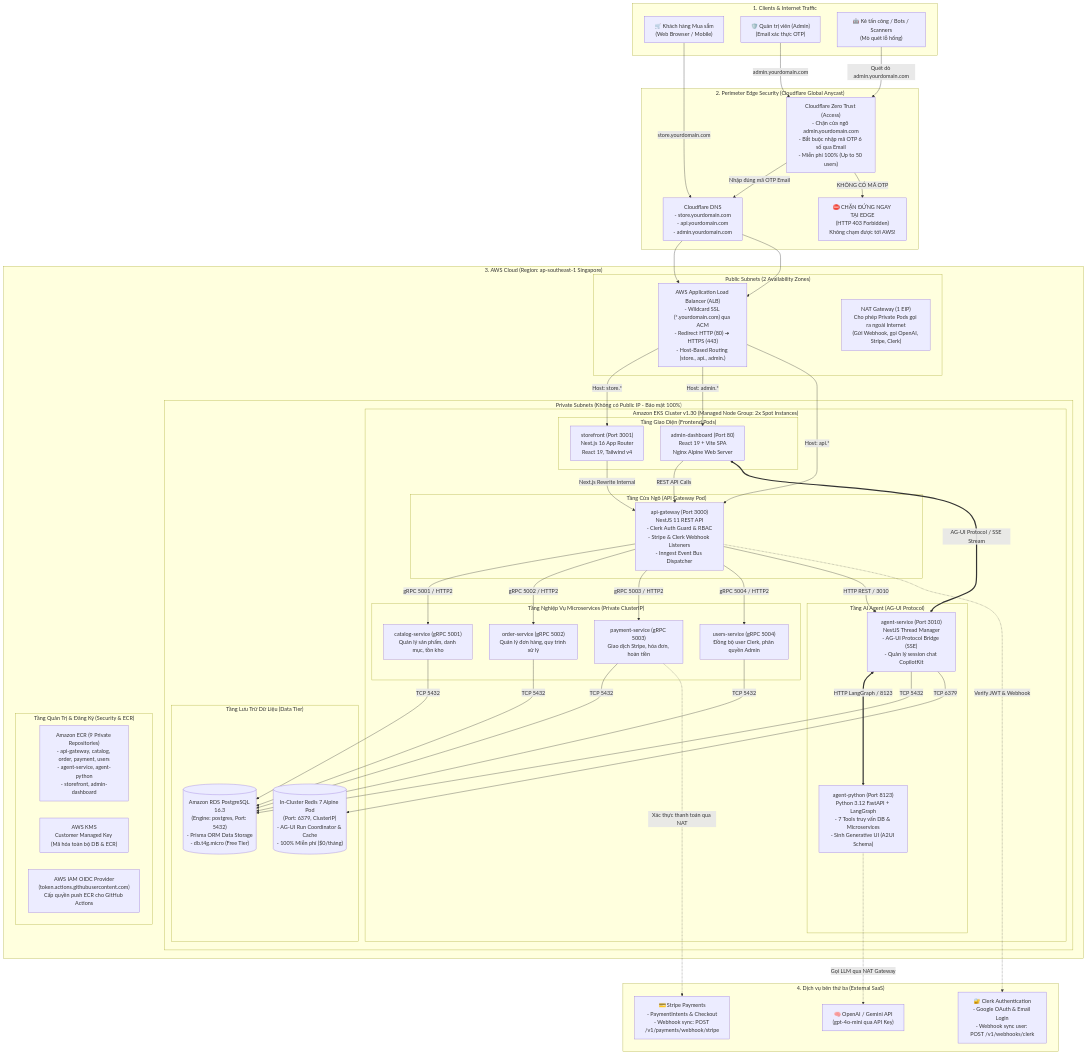
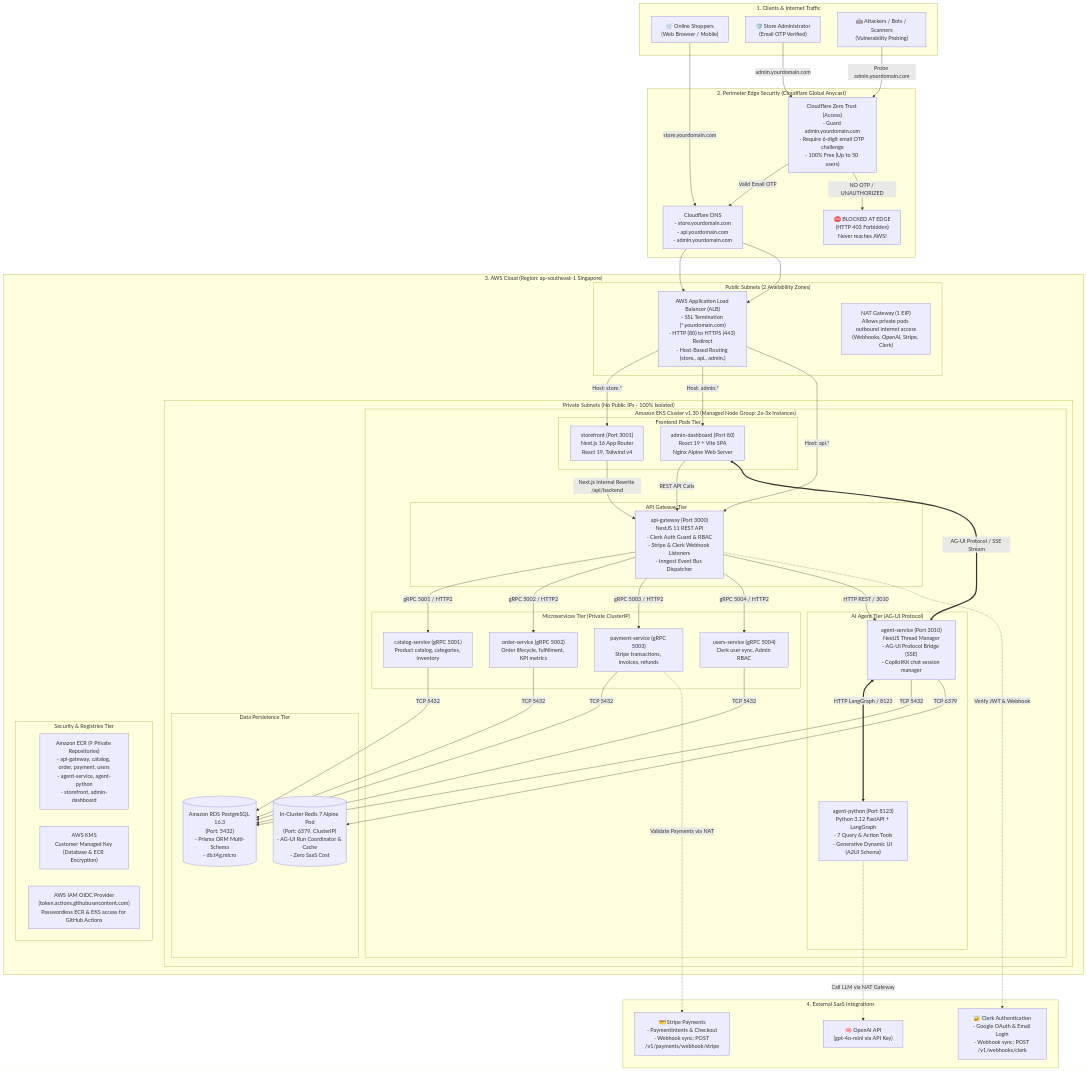
The first of 2 diagrams in DEPLOYMENT_ARCHITECTURE.md (Hieuej147/ecommerce-devops), drawn with Mermaid before and after one commit. The commit also changed other lines of this file, not shown here.

Commit message:
docs: translate DEPLOYMENT_ARCHITECTURE.md to English

````diff
--- a/DEPLOYMENT_ARCHITECTURE.md
+++ b/DEPLOYMENT_ARCHITECTURE.md
@@ -10,79 +10,79 @@
 flowchart TD
     %% ================= CLIENTS & TRAFFIC =================
     subgraph Clients["1. Clients & Internet Traffic"]
-        Customer["🛒 Khách hàng Mua sắm\n(Web Browser / Mobile)"]
-        AdminUser["🛡️ Quản trị viên (Admin)\n(Email xác thực OTP)"]
-        Attacker["🤖 Kẻ tấn công / Bots / Scanners\n(Mò quét lỗ hổng)"]
+        Customer["🛒 Online Shoppers\n(Web Browser / Mobile)"]
+        AdminUser["🛡️ Store Administrator\n(Email OTP Verified)"]
+        Attacker["🤖 Attackers / Bots / Scanners\n(Vulnerability Probing)"]
     end
 
     %% ================= PERIMETER SECURITY =================
     subgraph EdgeSecurity["2. Perimeter Edge Security (Cloudflare Global Anycast)"]
         CF_DNS["Cloudflare DNS\n- store.yourdomain.com\n- api.yourdomain.com\n- admin.yourdomain.com"]
-        CF_ZT["Cloudflare Zero Trust (Access)\n- Chặn cửa ngõ admin.yourdomain.com\n- Bắt buộc nhập mã OTP 6 số qua Email\n- Miễn phí 100% (Up to 50 users)"]
-        CF_Block["⛔ CHẶN ĐỨNG NGAY TẠI EDGE\n(HTTP 403 Forbidden)\nKhông chạm được tới AWS!"]
+        CF_ZT["Cloudflare Zero Trust (Access)\n- Guard admin.yourdomain.com\n- Require 6-digit email OTP challenge\n- 100% Free (Up to 50 users)"]
+        CF_Block["⛔ BLOCKED AT EDGE\n(HTTP 403 Forbidden)\nNever reaches AWS!"]
     end
 
     %% ================= AWS CLOUD INFRASTRUCTURE =================
     subgraph AWS["3. AWS Cloud (Region: ap-southeast-1 Singapore)"]
         subgraph PublicSubnets["Public Subnets (2 Availability Zones)"]
-            ALB["AWS Application Load Balancer (ALB)\n- Wildcard SSL (*.yourdomain.com) qua ACM\n- Redirect HTTP (80) ➔ HTTPS (443)\n- Host-Based Routing (store., api., admin.)"]
-            NAT["NAT Gateway (1 EIP)\nCho phép Private Pods gọi ra ngoài Internet\n(Gửi Webhook, gọi OpenAI, Stripe, Clerk)"]
+            ALB["AWS Application Load Balancer (ALB)\n- SSL Termination (*.yourdomain.com)\n- HTTP (80) to HTTPS (443) Redirect\n- Host-Based Routing (store., api., admin.)"]
+            NAT["NAT Gateway (1 EIP)\nAllows private pods outbound internet access\n(Webhooks, OpenAI, Stripe, Clerk)"]
         end
 
-        subgraph PrivateSubnets["Private Subnets (Không có Public IP - Bảo mật 100%)"]
-            subgraph EKS["Amazon EKS Cluster v1.30 (Managed Node Group: 2x Spot Instances)"]
-                subgraph Frontends["Tầng Giao Diện (Frontend Pods)"]
+        subgraph PrivateSubnets["Private Subnets (No Public IPs - 100% Isolated)"]
+            subgraph EKS["Amazon EKS Cluster v1.30 (Managed Node Group: 2x-3x Instances)"]
+                subgraph Frontends["Frontend Pods Tier"]
                     StorePod["storefront (Port 3001)\nNext.js 16 App Router\nReact 19, Tailwind v4"]
                     AdminPod["admin-dashboard (Port 80)\nReact 19 + Vite SPA\nNginx Alpine Web Server"]
                 end
 
-                subgraph Gateway["Tầng Cửa Ngõ (API Gateway Pod)"]
+                subgraph Gateway["API Gateway Tier"]
                     GWPod["api-gateway (Port 3000)\nNestJS 11 REST API\n- Clerk Auth Guard & RBAC\n- Stripe & Clerk Webhook Listeners\n- Inngest Event Bus Dispatcher"]
                 end
 
-                subgraph Microservices["Tầng Nghiệp Vụ Microservices (Private ClusterIP)"]
-                    CatalogPod["catalog-service (gRPC 5001)\nQuản lý sản phẩm, danh mục, tồn kho"]
-                    OrderPod["order-service (gRPC 5002)\nQuản lý đơn hàng, quy trình xử lý"]
-                    PaymentPod["payment-service (gRPC 5003)\nGiao dịch Stripe, hóa đơn, hoàn tiền"]
-                    UsersPod["users-service (gRPC 5004)\nĐồng bộ user Clerk, phân quyền Admin"]
+                subgraph Microservices["Microservices Tier (Private ClusterIP)"]
+                    CatalogPod["catalog-service (gRPC 5001)\nProduct catalog, categories, inventory"]
+                    OrderPod["order-service (gRPC 5002)\nOrder lifecycle, fulfillment, KPI metrics"]
+                    PaymentPod["payment-service (gRPC 5003)\nStripe transactions, invoices, refunds"]
+                    UsersPod["users-service (gRPC 5004)\nClerk user sync, Admin RBAC"]
                 end
 
-                subgraph AIAgent["Tầng AI Agent (AG-UI Protocol)"]
-                    AgentSvcPod["agent-service (Port 3010)\nNestJS Thread Manager\n- AG-UI Protocol Bridge (SSE)\n- Quản lý session chat CopilotKit"]
-                    AgentPyPod["agent-python (Port 8123)\nPython 3.12 FastAPI + LangGraph\n- 7 Tools truy vấn DB & Microservices\n- Sinh Generative UI (A2UI Schema)"]
+                subgraph AIAgent["AI Agent Tier (AG-UI Protocol)"]
+                    AgentSvcPod["agent-service (Port 3010)\nNestJS Thread Manager\n- AG-UI Protocol Bridge (SSE)\n- CopilotKit chat session manager"]
+                    AgentPyPod["agent-python (Port 8123)\nPython 3.12 FastAPI + LangGraph\n- 7 Query & Action Tools\n- Generative Dynamic UI (A2UI Schema)"]
                 end
             end
 
-            subgraph DataPersistence["Tầng Lưu Trữ Dữ Liệu (Data Tier)"]
-                RDS[("Amazon RDS PostgreSQL 16.3\n(Engine: postgres, Port: 5432)\n- Prisma ORM Data Storage\n- db.t4g.micro (Free Tier)")]
-                RedisPod[("In-Cluster Redis 7 Alpine Pod\n(Port: 6379, ClusterIP)\n- AG-UI Run Coordinator & Cache\n- 100% Miễn phí ($0/tháng)")]
+            subgraph DataPersistence["Data Persistence Tier"]
+                RDS[("Amazon RDS PostgreSQL 16.3\n(Port: 5432)\n- Prisma ORM Multi-Schema\n- db.t4g.micro")]
+                RedisPod[("In-Cluster Redis 7 Alpine Pod\n(Port: 6379, ClusterIP)\n- AG-UI Run Coordinator & Cache\n- Zero SaaS Cost")]
             end
         end
 
-        subgraph SecurityRegistries["Tầng Quản Trị & Đăng Ký (Security & ECR)"]
+        subgraph SecurityRegistries["Security & Registries Tier"]
             ECR["Amazon ECR (9 Private Repositories)\n- api-gateway, catalog, order, payment, users\n- agent-service, agent-python\n- storefront, admin-dashboard"]
-            KMS["AWS KMS\nCustomer Managed Key (Mã hóa toàn bộ DB & ECR)"]
-            OIDC["AWS IAM OIDC Provider\n(token.actions.githubusercontent.com)\nCấp quyền push ECR cho GitHub Actions"]
+            KMS["AWS KMS\nCustomer Managed Key (Database & ECR Encryption)"]
+            OIDC["AWS IAM OIDC Provider\n(token.actions.githubusercontent.com)\nPasswordless ECR & EKS access for GitHub Actions"]
         end
     end
 
     %% ================= EXTERNAL 3RD-PARTY SERVICES =================
-    subgraph ThirdParties["4. Dịch vụ bên thứ ba (External SaaS)"]
-        Clerk["🔐 Clerk Authentication\n- Google OAuth & Email Login\n- Webhook sync user: POST /v1/webhooks/clerk"]
+    subgraph ThirdParties["4. External SaaS Integrations"]
+        Clerk["🔐 Clerk Authentication\n- Google OAuth & Email Login\n- Webhook sync: POST /v1/webhooks/clerk"]
         Stripe["💳 Stripe Payments\n- PaymentIntents & Checkout\n- Webhook sync: POST /v1/payments/webhook/stripe"]
-        OpenAI["🧠 OpenAI / Gemini API\n(gpt-4o-mini qua API Key)"]
+        OpenAI["🧠 OpenAI API\n(gpt-4o-mini via API Key)"]
     end
 
     %% ================= CONNECTIONS & FLOW =================
     Customer -->|store.yourdomain.com| CF_DNS --> ALB
-    AdminUser -->|admin.yourdomain.com| CF_ZT -->|Nhập đúng mã OTP Email| CF_DNS --> ALB
-    Attacker -->|Quét dò admin.yourdomain.com| CF_ZT -->|KHÔNG CÓ MÃ OTP| CF_Block
+    AdminUser -->|admin.yourdomain.com| CF_ZT -->|Valid Email OTP| CF_DNS --> ALB
+    Attacker -->|Probe admin.yourdomain.com| CF_ZT -->|NO OTP / UNAUTHORIZED| CF_Block
 
     ALB -->|Host: store.*| StorePod
     ALB -->|Host: admin.*| AdminPod
     ALB -->|Host: api.*| GWPod
 
-    StorePod -->|Next.js Rewrite Internal| GWPod
+    StorePod -->|Next.js Internal Rewrite /api/backend| GWPod
     AdminPod -->|REST API Calls| GWPod
     AdminPod <==>|AG-UI Protocol / SSE Stream| AgentSvcPod
 
@@ -93,11 +93,11 @@
     GWPod -->|HTTP REST / 3010| AgentSvcPod
 
     AgentSvcPod <==>|HTTP LangGraph / 8123| AgentPyPod
-    AgentPyPod -.->|Gọi LLM qua NAT Gateway| OpenAI
+    AgentPyPod -.->|Call LLM via NAT Gateway| OpenAI
 
     CatalogPod & OrderPod & PaymentPod & UsersPod & AgentSvcPod -->|TCP 5432| RDS
     AgentSvcPod -->|TCP 6379| RedisPod
 
     GWPod -.->|Verify JWT & Webhook| Clerk
-    PaymentPod -.->|Xác thực thanh toán qua NAT| Stripe
+    PaymentPod -.->|Validate Payments via NAT| Stripe
 ```
````
